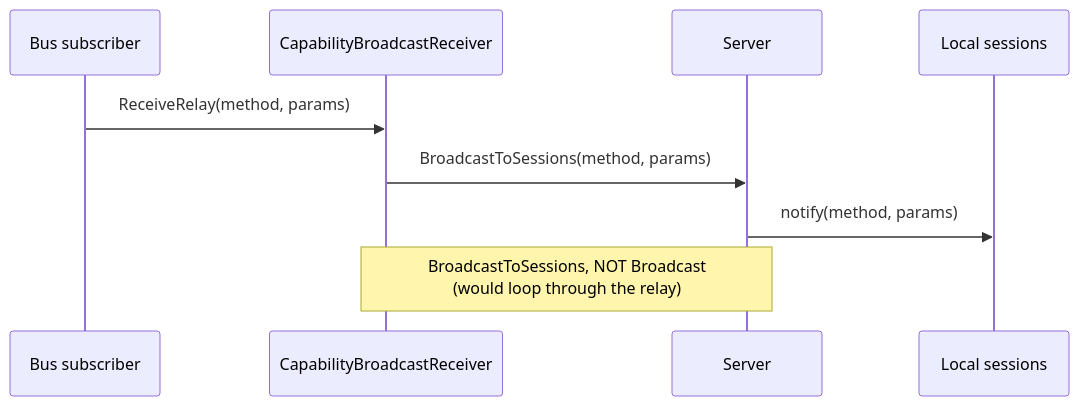
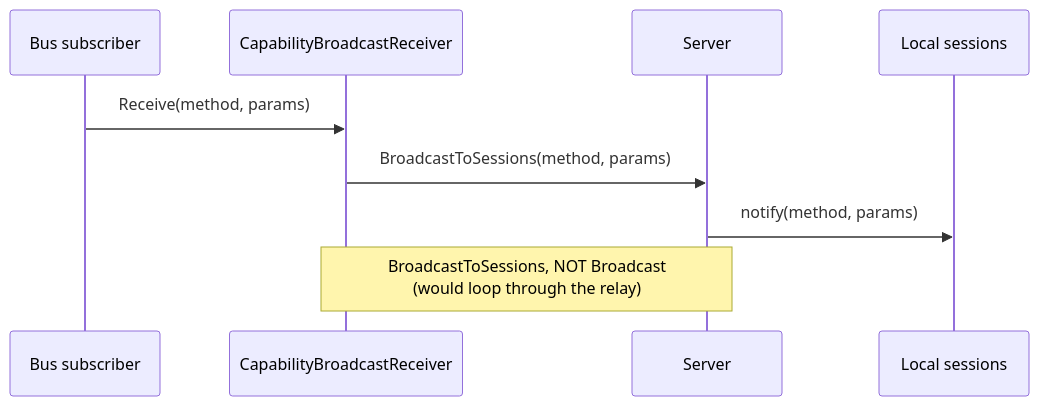
One commit to panyam/mcpkit changed the eighth of 22 diagrams in docs/MULTI_REPLICA.md. Above: the diagram before and after it, drawn with Mermaid. The commit also changed other lines of this file and 15 other files, not shown here.

````diff
--- a/docs/MULTI_REPLICA.md
+++ b/docs/MULTI_REPLICA.md
@@ -238,12 +238,12 @@
 ```mermaid
 sequenceDiagram
     participant Bus as Bus subscriber
     participant Recv as CapabilityBroadcastReceiver
     participant Srv as Server
     participant Sess as Local sessions
 
-    Bus->>Recv: ReceiveRelay(method, params)
+    Bus->>Recv: Receive(method, params)
     Recv->>Srv: BroadcastToSessions(method, params)
     Srv->>Sess: notify(method, params)
     Note over Recv,Srv: BroadcastToSessions, NOT Broadcast<br/>(would loop through the relay)
 ```
````
